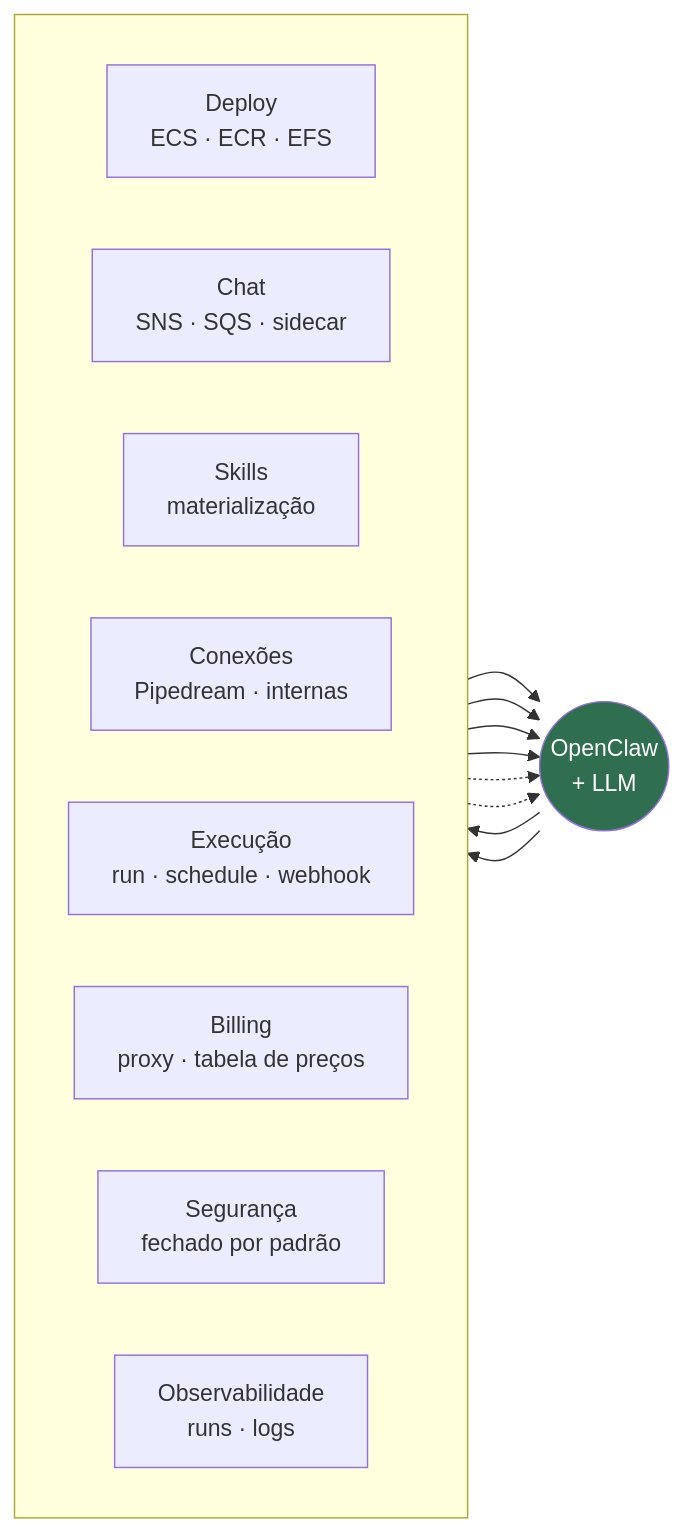
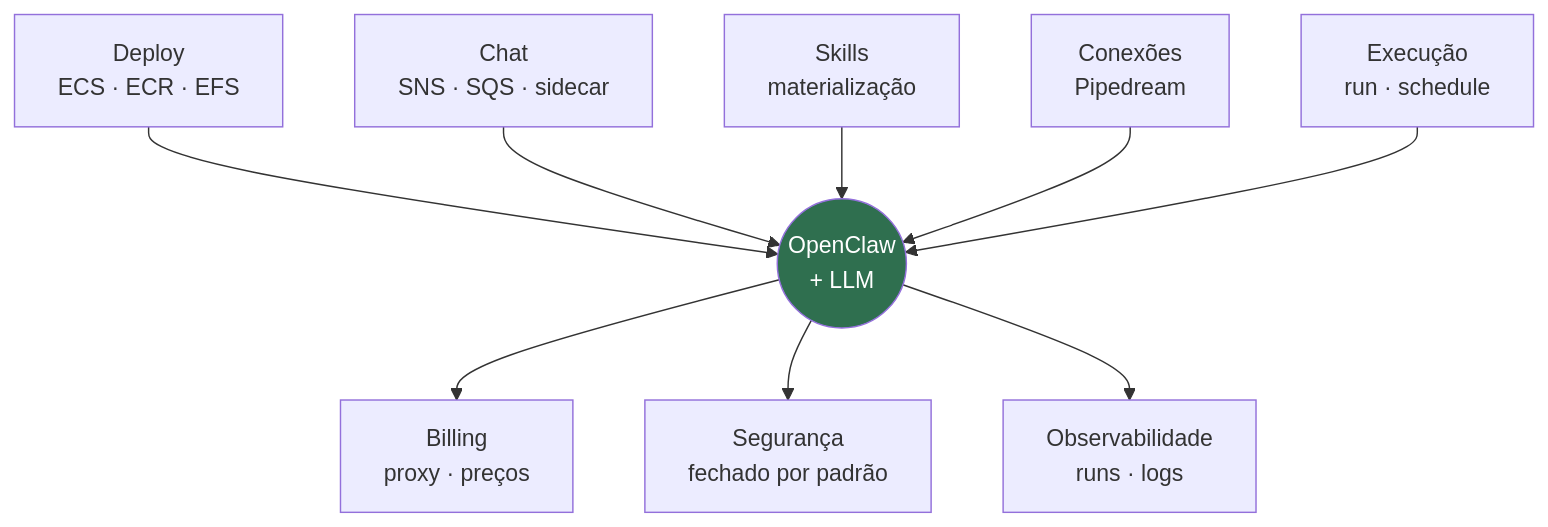
Before and after one commit to newtonbeck/hacktown-2026: the diagram in palestras/02-o-que-sobra-sem-llm/core/04-o-mapa-do-harness.md, drawn with Mermaid. The commit also changed other lines of this file and 5 other files, not shown here.

First line of the commit message:
Faz os diagramas caberem no slide e voltarem a sair no PDF

````diff
--- a/palestras/02-o-que-sobra-sem-llm/core/04-o-mapa-do-harness.md
+++ b/palestras/02-o-que-sobra-sem-llm/core/04-o-mapa-do-harness.md
@@ -15,24 +15,13 @@
 ```mermaid
-flowchart LR
-  subgraph H[" "]
-    direction LR
-    D[Deploy<br/>ECS · ECR · EFS]
-    C[Chat<br/>SNS · SQS · sidecar]
-    S[Skills<br/>materialização]
-    I[Conexões<br/>Pipedream · internas]
-    E[Execução<br/>run · schedule · webhook]
-    B[Billing<br/>proxy · tabela de preços]
-    G[Segurança<br/>fechado por padrão]
-    O[Observabilidade<br/>runs · logs]
-  end
+flowchart TD
+  D[Deploy<br/>ECS · ECR · EFS] --> L
+  C[Chat<br/>SNS · SQS · sidecar] --> L
+  S[Skills<br/>materialização] --> L
+  I[Conexões<br/>Pipedream] --> L
+  E[Execução<br/>run · schedule] --> L
   L((OpenClaw<br/>+ LLM))
-  C --> L
-  S --> L
-  I --> L
-  E --> L
-  L --> B
-  L --> O
-  D -.-> L
-  G -.-> L
+  L --> B[Billing<br/>proxy · preços]
+  L --> G[Segurança<br/>fechado por padrão]
+  L --> O[Observabilidade<br/>runs · logs]
   style L fill:#2f6f4f,color:#fff
 ```
````
